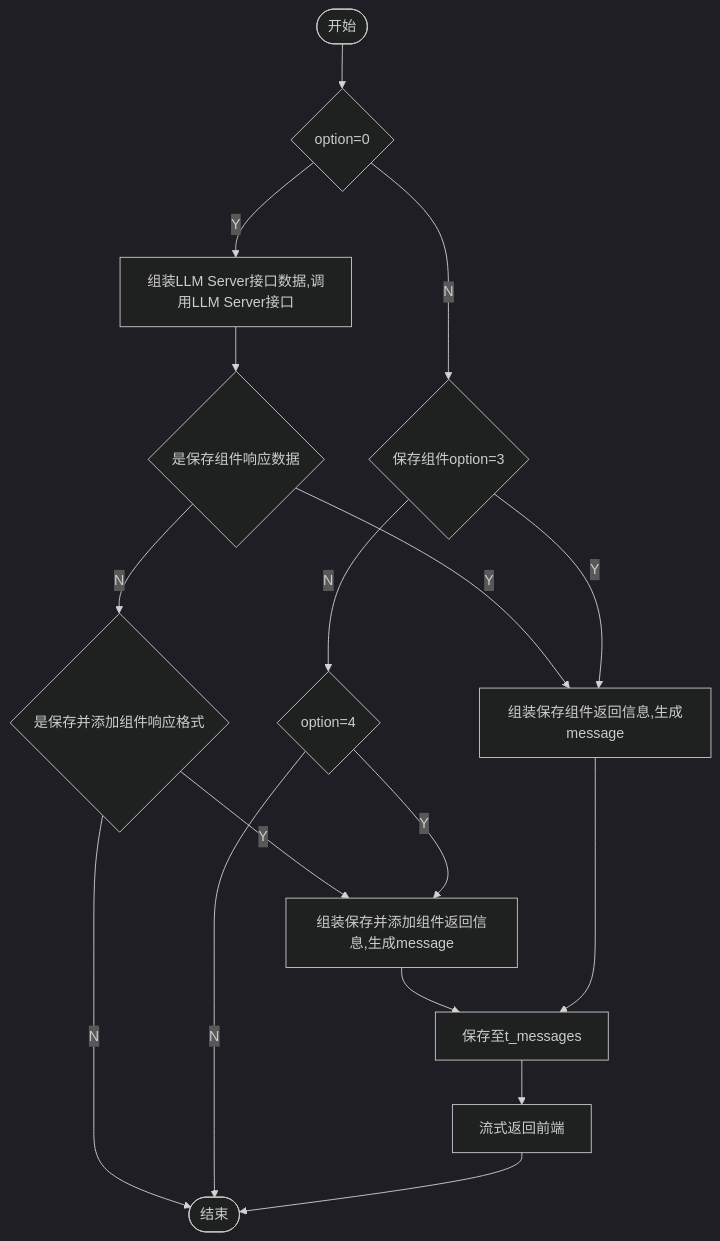
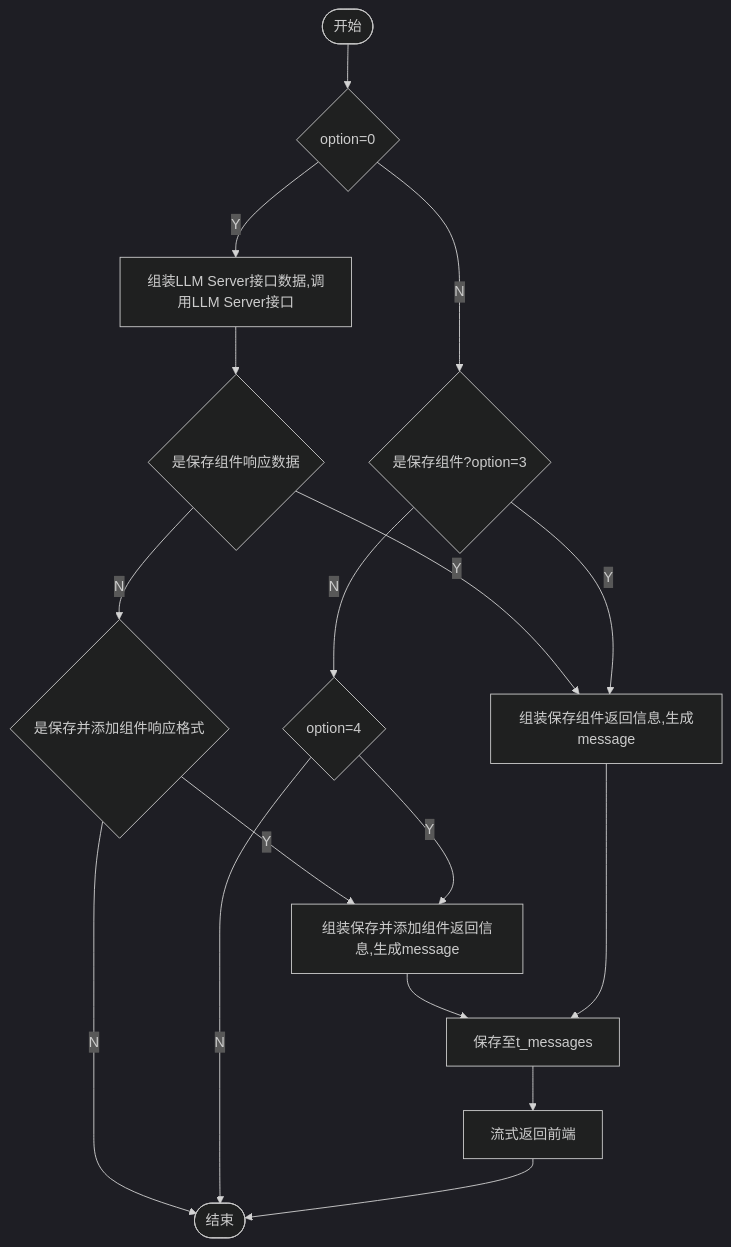
Before and after one commit to yingjianzh/iodraw-files: the diagram in all/添加保存组件.md, drawn with Mermaid (dark theme).

Commit message:
2024-10-14 13:39:57 update

````diff
--- a/all/添加保存组件.md
+++ b/all/添加保存组件.md
@@ -1,19 +1,19 @@
 ```mermaid
 flowchart TD
     A([开始]) --> B{option=0}
     B -- Y --> C[组装LLM Server接口数据,调用LLM Server接口]
-    B -- N --> D{保存组件option=3}
+    B -- N --> D{是保存组件?option=3}
     C --> E{是保存组件响应数据}
     E -- Y --> F[组装保存组件返回信息,生成message]
     E -- N --> L{是保存并添加组件响应格式}
     L -- Y --> K
     L -- N --> I
     D -- Y --> F
     D -- N --> J{option=4}
     J -- Y --> K[组装保存并添加组件返回信息,生成message]
     K --> G
     J -- N --> I
     F --> G[保存至t_messages]
     G --> H[流式返回前端]
     H --> I([结束])
 ```
````
